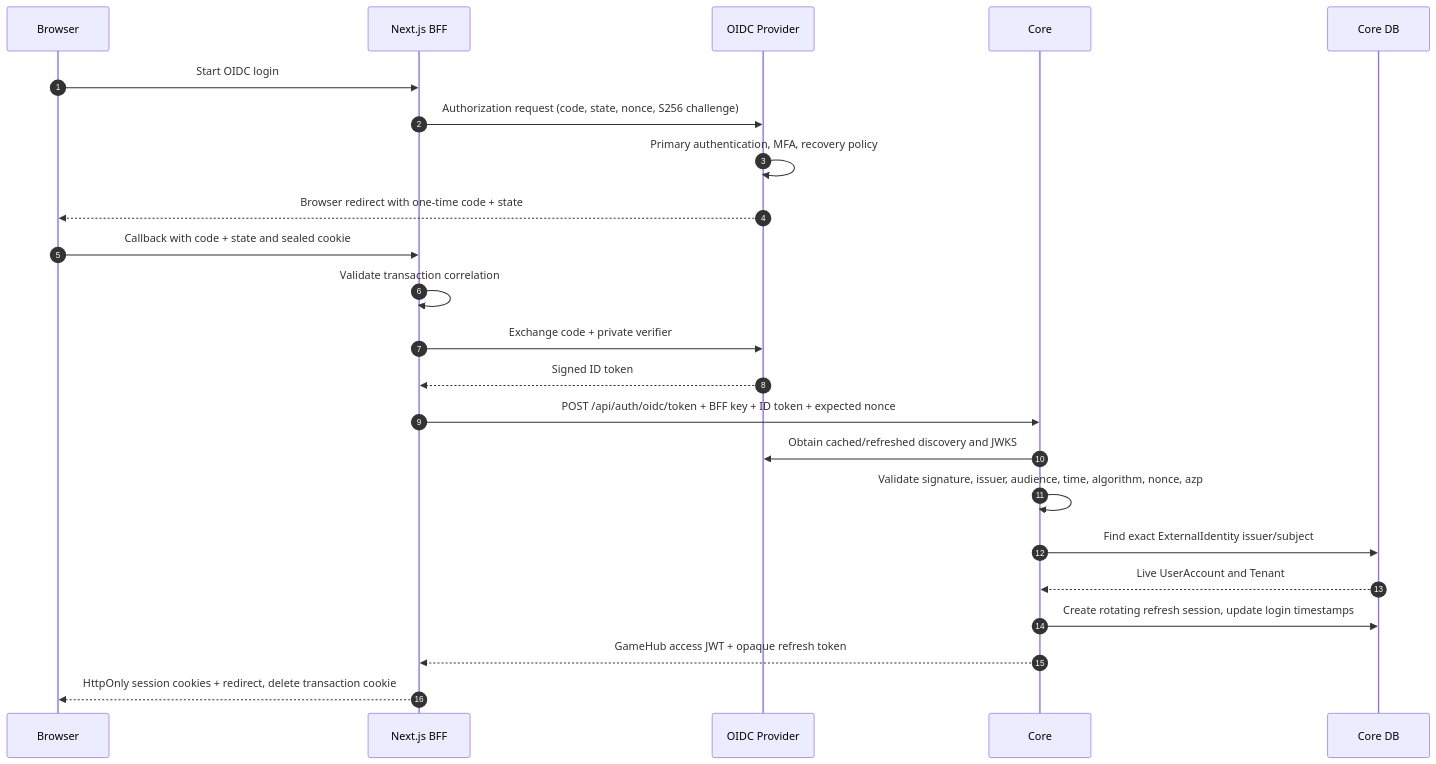
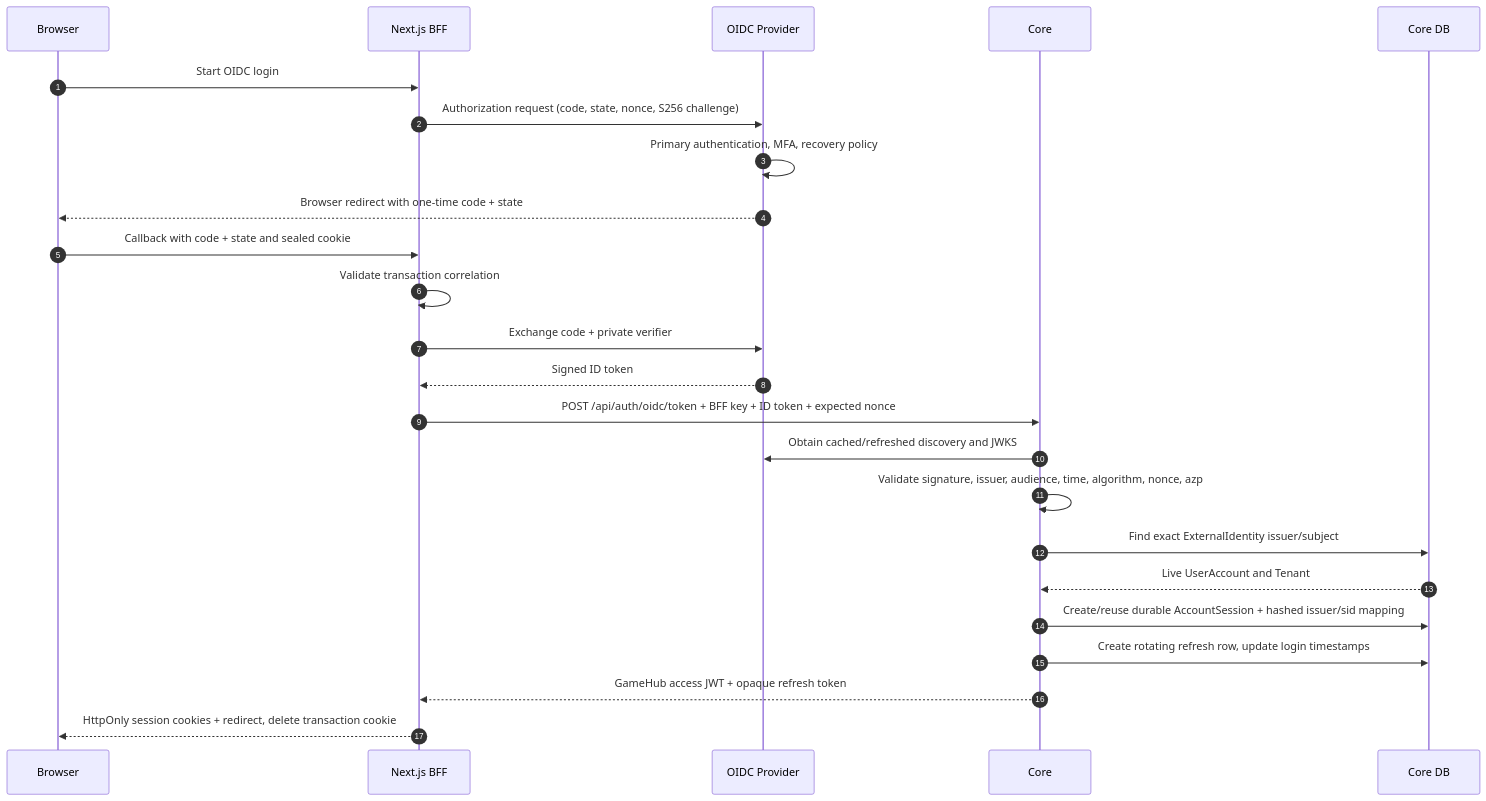
The third of 5 diagrams in docs/oidc-authentication-architecture.md (happticde/gamehub), drawn with Mermaid before and after one commit. The commit also changed other lines of this file and 42 other files, not shown here.

````diff
--- a/docs/oidc-authentication-architecture.md
+++ b/docs/oidc-authentication-architecture.md
@@ -288,26 +292,27 @@
 ```mermaid
 sequenceDiagram
    autonumber
    participant U as Browser
    participant B as Next.js BFF
    participant P as OIDC Provider
    participant C as Core
    participant D as Core DB
 
    U->>B: Start OIDC login
    B->>P: Authorization request (code, state, nonce, S256 challenge)
    P->>P: Primary authentication, MFA, recovery policy
    P-->>U: Browser redirect with one-time code + state
    U->>B: Callback with code + state and sealed cookie
    B->>B: Validate transaction correlation
    B->>P: Exchange code + private verifier
    P-->>B: Signed ID token
    B->>C: POST /api/auth/oidc/token + BFF key + ID token + expected nonce
    C->>P: Obtain cached/refreshed discovery and JWKS
    C->>C: Validate signature, issuer, audience, time, algorithm, nonce, azp
    C->>D: Find exact ExternalIdentity issuer/subject
    D-->>C: Live UserAccount and Tenant
-   C->>D: Create rotating refresh session, update login timestamps
+   C->>D: Create/reuse durable AccountSession + hashed issuer/sid mapping
+   C->>D: Create rotating refresh row, update login timestamps
    C-->>B: GameHub access JWT + opaque refresh token
    B-->>U: HttpOnly session cookies + redirect, delete transaction cookie
 ```
````
